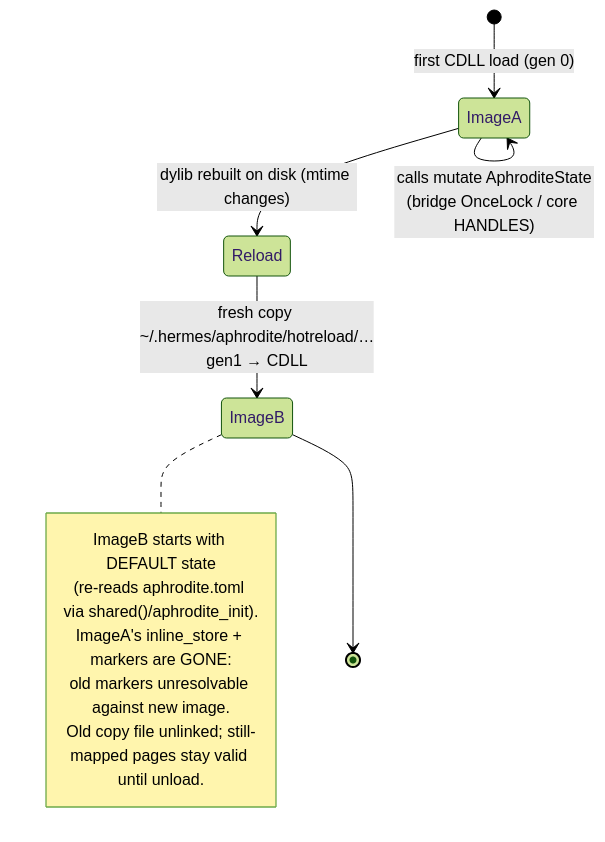
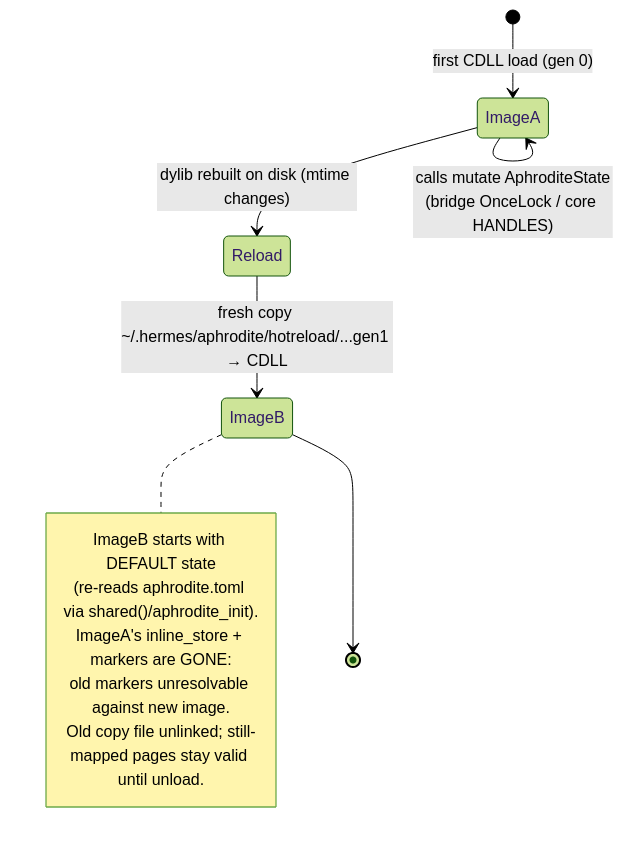
Before and after one commit to PlayForm/Aphrodite: the second of 2 diagrams in .hermes/uml/08-dylib-hotreload.md, drawn with Mermaid (forest theme). The commit also changed other lines of this file and 101 other files, not shown here.

````diff
--- a/.hermes/uml/08-dylib-hotreload.md
+++ b/.hermes/uml/08-dylib-hotreload.md
@@ -65,15 +65,15 @@
 ```mermaid
 stateDiagram-v2
     [*] --> ImageA: first CDLL load (gen 0)
     ImageA --> ImageA: calls mutate AphroditeState<br/>(bridge OnceLock / core HANDLES)
     ImageA --> Reload: dylib rebuilt on disk (mtime changes)
-    Reload --> ImageB: fresh copy ~/.hermes/aphrodite/hotreload/…gen1 → CDLL
+    Reload --> ImageB: fresh copy ~/.hermes/aphrodite/hotreload/...gen1 → CDLL
     note right of ImageB
       ImageB starts with DEFAULT state
       (re-reads aphrodite.toml via shared()/aphrodite_init).
       ImageA's inline_store + markers are GONE:
       old markers unresolvable against new image.
       Old copy file unlinked; still-mapped pages stay valid until unload.
     end note
     ImageB --> [*]
 ```
````
